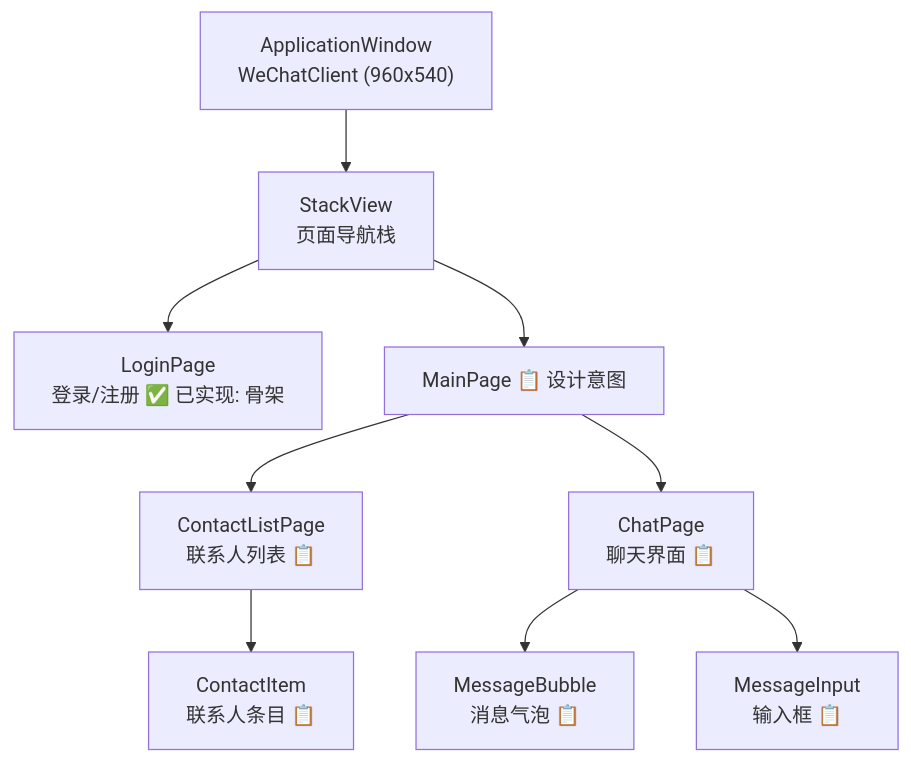
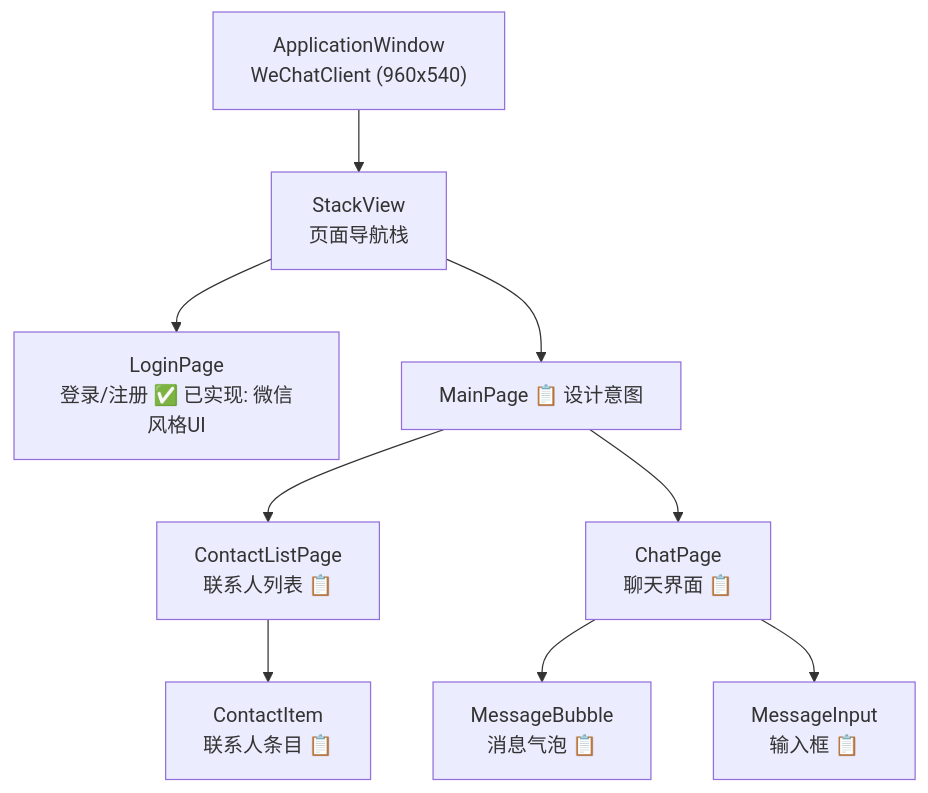
One commit to AkingDsq/AutoWeChat changed the first of 3 diagrams in docs/frontend-design.md. Above: the diagram before and after it, drawn with Mermaid. The commit also changed other lines of this file and 2 other files, not shown here.

````diff
--- a/docs/frontend-design.md
+++ b/docs/frontend-design.md
@@ -42,17 +42,17 @@
 ```mermaid
 graph TD
     APP["ApplicationWindow<br/>WeChatClient (960x540)"]
 
     APP --> STACK["StackView<br/>页面导航栈"]
 
-    STACK --> LOGIN["LoginPage<br/>登录/注册 ✅ 已实现: 骨架"]
+    STACK --> LOGIN["LoginPage<br/>登录/注册 ✅ 已实现: 微信风格UI"]
     STACK --> MAIN["MainPage 📋 设计意图"]
 
     MAIN --> CONTACT_LIST["ContactListPage<br/>联系人列表 📋"]
     MAIN --> CHAT["ChatPage<br/>聊天界面 📋"]
 
     CHAT --> MSG_BUBBLE["MessageBubble<br/>消息气泡 📋"]
     CHAT --> MSG_INPUT["MessageInput<br/>输入框 📋"]
 
     CONTACT_LIST --> CONTACT_ITEM["ContactItem<br/>联系人条目 📋"]
 ```
````
